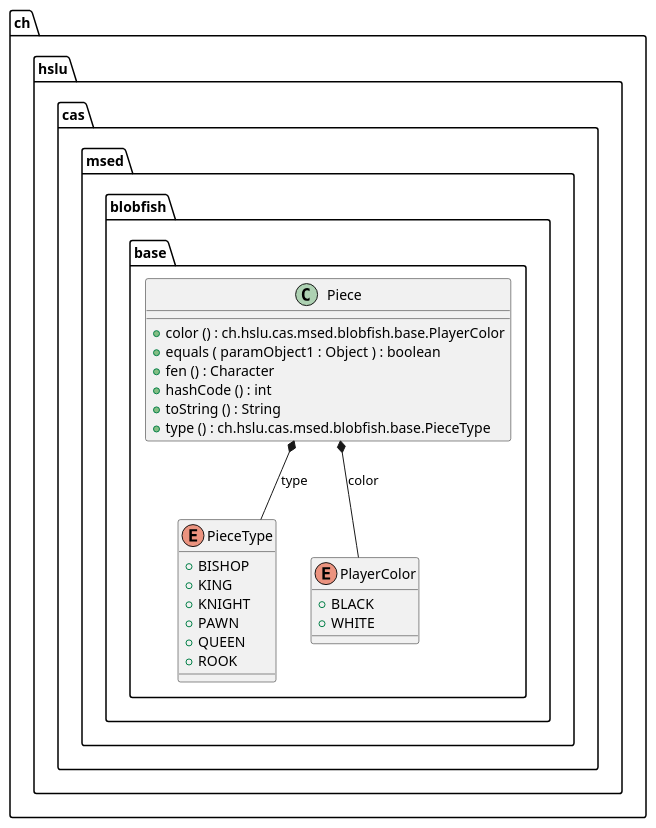
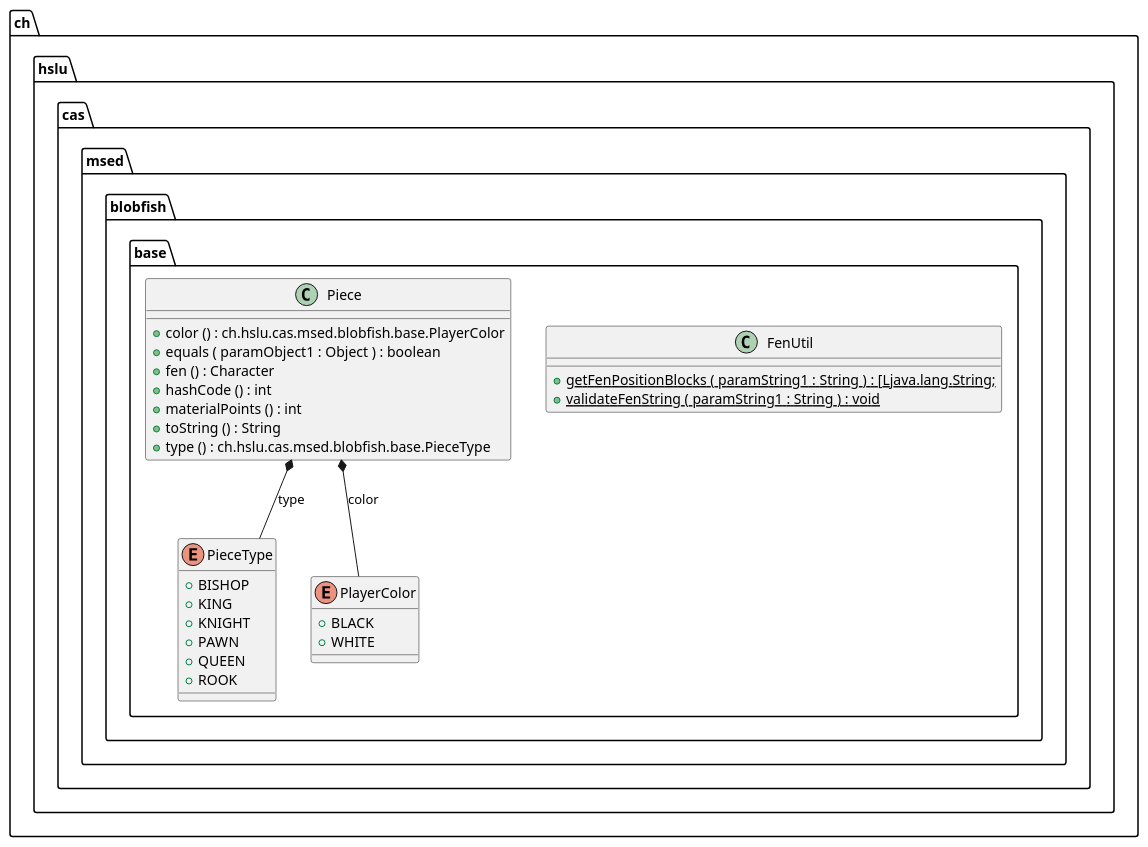
Before and after one commit to l2c0r3/blobfish: the diagram in docs/generated-diagrams/base.puml, drawn with PlantUML. The commit also changed 18 other files, not shown here.

```diff
--- a/docs/generated-diagrams/base.puml
+++ b/docs/generated-diagrams/base.puml
@@ -1,35 +1,42 @@
 @startuml
+
+class ch.hslu.cas.msed.blobfish.base.FenUtil {
+	{method}  {static} +getFenPositionBlocks ( paramString1 : String ) : [Ljava.lang.String;
+	{method}  {static} +validateFenString ( paramString1 : String ) : void
+}
+
 
 class ch.hslu.cas.msed.blobfish.base.Piece {
 	{method} +color () : ch.hslu.cas.msed.blobfish.base.PlayerColor
 	{method} +equals ( paramObject1 : Object ) : boolean
 	{method} +fen () : Character
 	{method} +hashCode () : int
+	{method} +materialPoints () : int
 	{method} +toString () : String
 	{method} +type () : ch.hslu.cas.msed.blobfish.base.PieceType
 }
 
 
 enum ch.hslu.cas.msed.blobfish.base.PieceType {
 	{field} +BISHOP
 	{field} +KING
 	{field} +KNIGHT
 	{field} +PAWN
 	{field} +QUEEN
 	{field} +ROOK
 }
 
 
 enum ch.hslu.cas.msed.blobfish.base.PlayerColor {
 	{field} +BLACK
 	{field} +WHITE
 }
 
 
 
 
 ch.hslu.cas.msed.blobfish.base.Piece *--  ch.hslu.cas.msed.blobfish.base.PieceType : type
 ch.hslu.cas.msed.blobfish.base.Piece *--  ch.hslu.cas.msed.blobfish.base.PlayerColor : color
 
 
 @enduml
```
